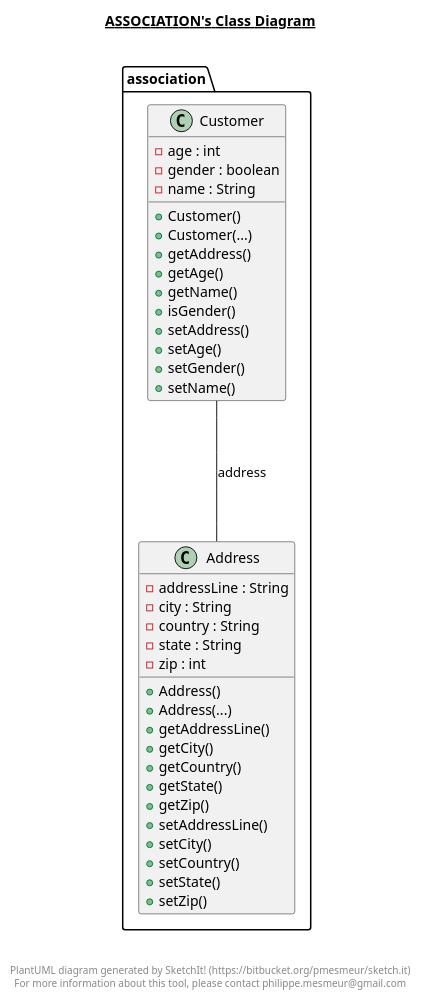
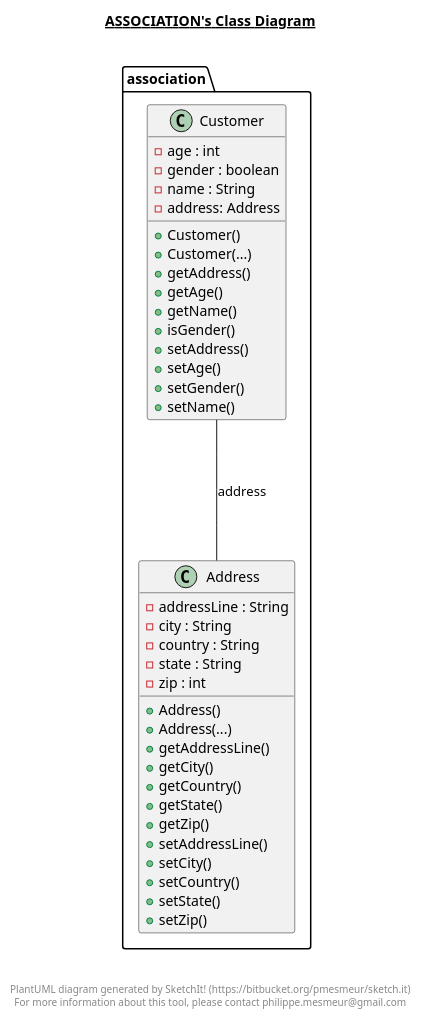
Before and after one commit to nnt9x/JavaCoreBT: the diagram in Session8/ClassDiagram/association/association.plantuml, drawn with PlantUML. The commit also changed 1 other file, not shown here.

```diff
--- a/Session8/ClassDiagram/association/association.plantuml
+++ b/Session8/ClassDiagram/association/association.plantuml
@@ -1,57 +1,58 @@
 @startuml
 
 title __ASSOCIATION's Class Diagram__\n
 
   namespace association {
     class association.Address {
         - addressLine : String
         - city : String
         - country : String
         - state : String
         - zip : int
         + Address()
         + Address(...)
         + getAddressLine()
         + getCity()
         + getCountry()
         + getState()
         + getZip()
         + setAddressLine()
         + setCity()
         + setCountry()
         + setState()
         + setZip()
     }
   }
   
 
   namespace association {
     class association.Customer {
         - age : int
         - gender : boolean
         - name : String
+        - address: Address
         + Customer()
         + Customer(...)
         + getAddress()
         + getAge()
         + getName()
         + isGender()
         + setAddress()
         + setAge()
         + setGender()
         + setName()
     }
   }
   
 
   association.Customer --- association.Address : address
 
 
 right footer
 
 
 PlantUML diagram generated by SketchIt! (https://bitbucket.org/pmesmeur/sketch.it)
 For more information about this tool, please contact philippe.mesmeur@gmail.com
 endfooter
 
 @enduml
```
